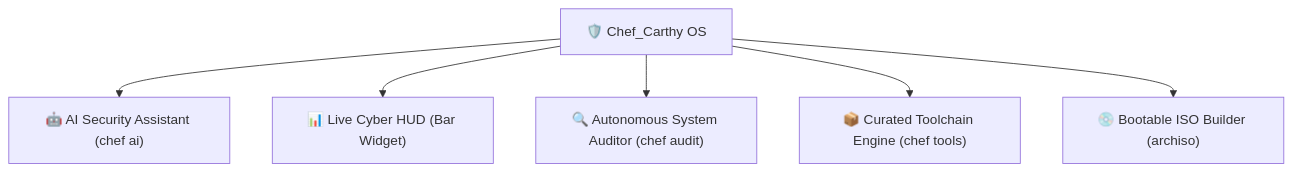
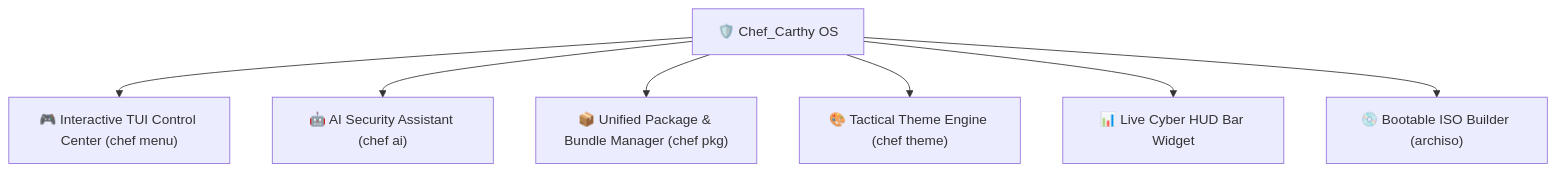
The diagram in README.md (OLAg-shs/Chef_Carthy), drawn with Mermaid before and after one commit. The commit also changed other lines of this file and 8 other files, not shown here.

Commit message:
feat: Complete Chef_Carthy OS suite with chef-pkg, chef-theme, chef-menu, and Hyprland configs

````diff
--- a/README.md
+++ b/README.md
@@ -21,8 +21,9 @@
 ```mermaid
 graph TD
-    A["🛡️ Chef_Carthy OS"] --> B["🤖 AI Security Assistant (chef ai)"]
-    A --> C["📊 Live Cyber HUD (Bar Widget)"]
-    A --> D["🔍 Autonomous System Auditor (chef audit)"]
-    A --> E["📦 Curated Toolchain Engine (chef tools)"]
-    A --> F["💿 Bootable ISO Builder (archiso)"]
+    A["🛡️ Chef_Carthy OS"] --> B["🎮 Interactive TUI Control Center (chef menu)"]
+    A --> C["🤖 AI Security Assistant (chef ai)"]
+    A --> D["📦 Unified Package & Bundle Manager (chef pkg)"]
+    A --> E["🎨 Tactical Theme Engine (chef theme)"]
+    A --> F["📊 Live Cyber HUD Bar Widget"]
+    A --> G["💿 Bootable ISO Builder (archiso)"]
 ```
````
